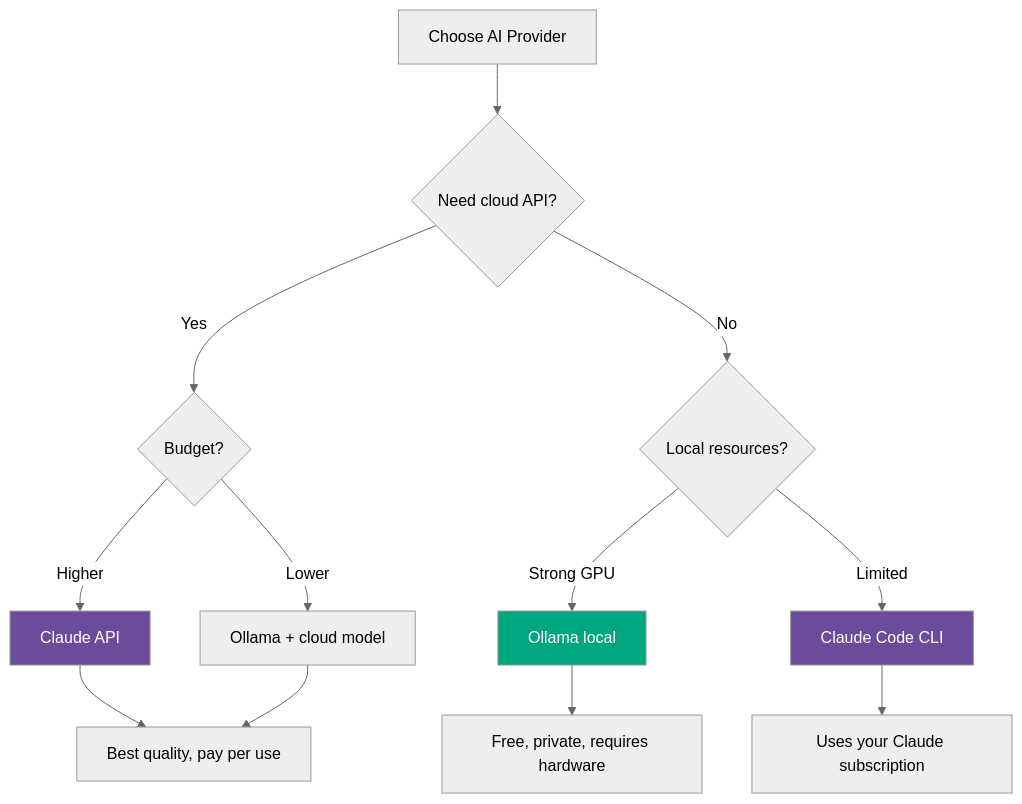
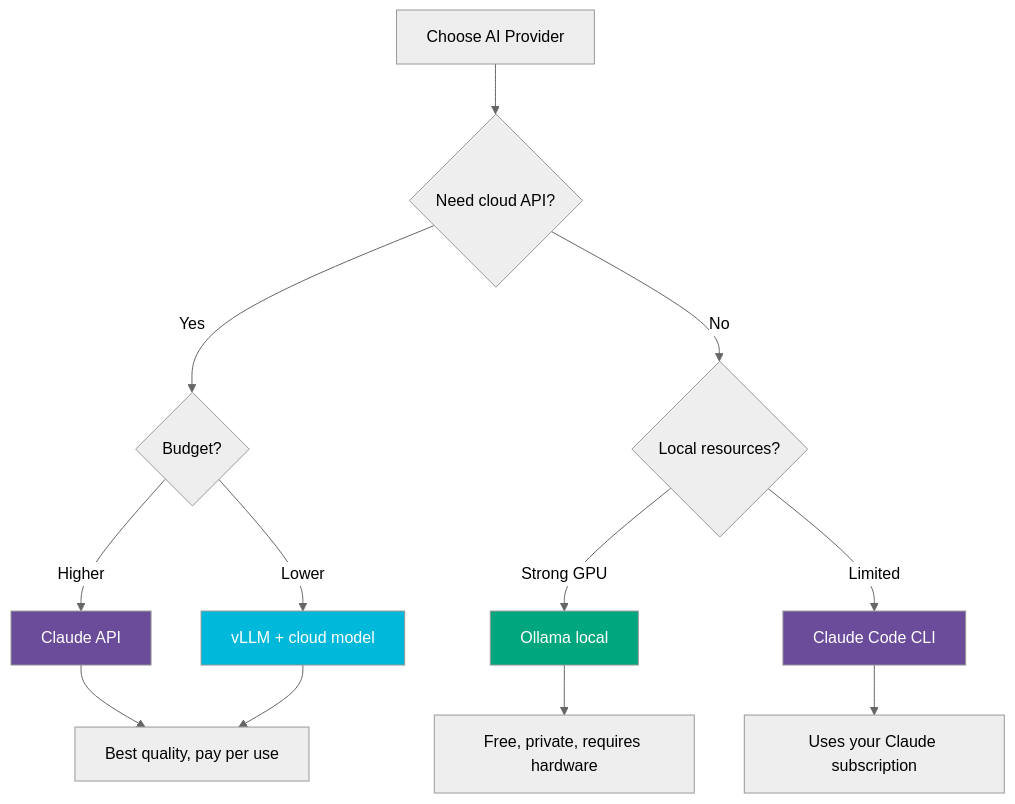
The first of 2 diagrams in docs/GITEA_NEW_REPO_TUTORIAL.md (savorywatt/repo-sapiens), drawn with Mermaid (neutral theme) before and after one commit. The commit also changed other lines of this file and 22 other files, not shown here.

````diff
--- a/docs/GITEA_NEW_REPO_TUTORIAL.md
+++ b/docs/GITEA_NEW_REPO_TUTORIAL.md
@@ -64,19 +65,20 @@
 ```mermaid
 flowchart TD
     A[Choose AI Provider] --> B{Need cloud API?}
     B -->|Yes| C{Budget?}
     B -->|No| D{Local resources?}
     C -->|Higher| E[Claude API]
-    C -->|Lower| F[Ollama + cloud model]
+    C -->|Lower| F[vLLM + cloud model]
     D -->|Strong GPU| G[Ollama local]
     D -->|Limited| H[Claude Code CLI]
 
     E --> I[Best quality, pay per use]
     F --> I
     G --> J[Free, private, requires hardware]
     H --> K[Uses your Claude subscription]
 
     style E fill:#6B4C9A,color:#fff
     style H fill:#6B4C9A,color:#fff
     style G fill:#00A67E,color:#fff
+    style F fill:#00B8D9,color:#fff
 ```
````
